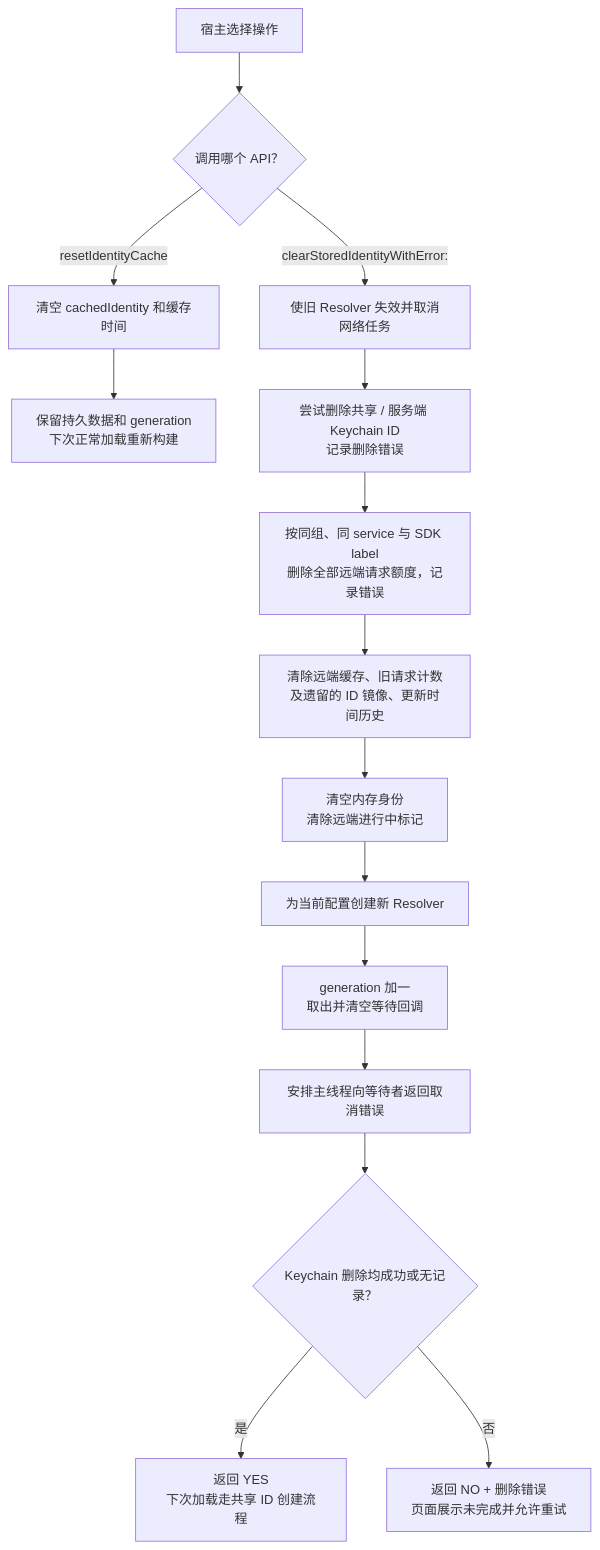
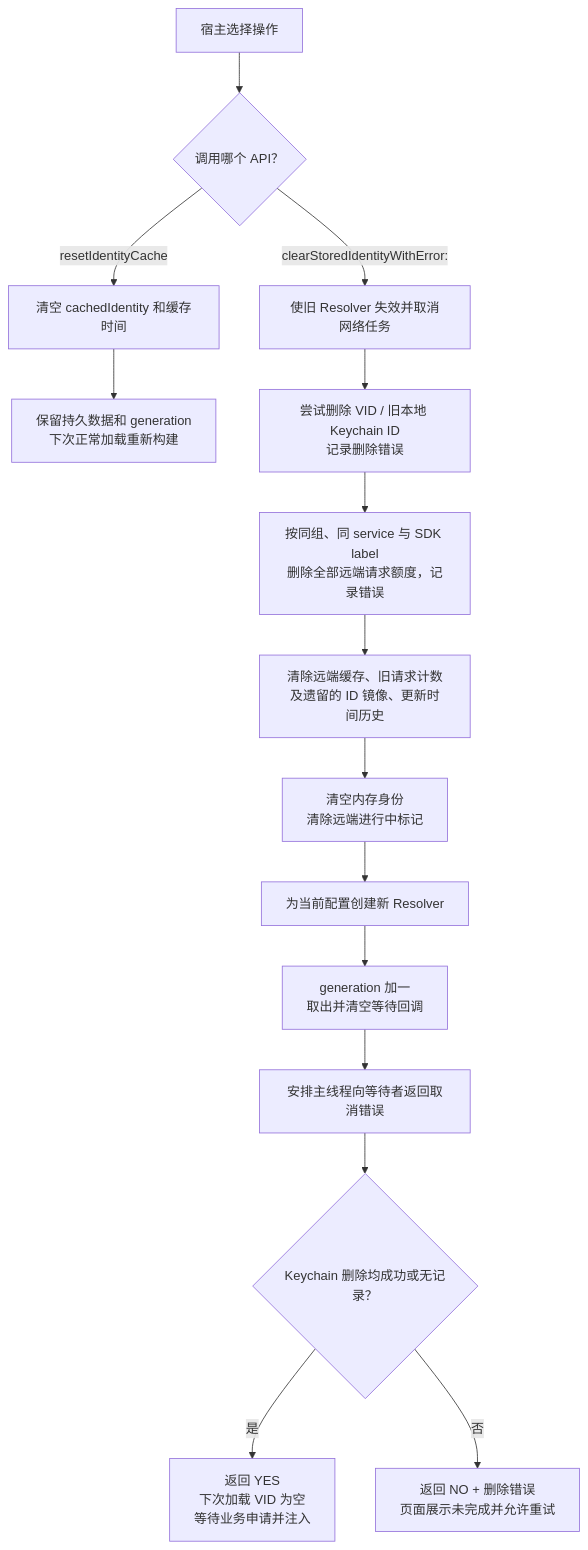
Diagram 12 of 13 in PBCrossAppUniqueDeviceIdentifier/Docs/FeatureFlows.md (shanbozhu/TestOC), drawn with Mermaid before and after one commit. The commit also changed other lines of this file and 20 other files, not shown here.

````diff
--- a/PBCrossAppUniqueDeviceIdentifier/Docs/FeatureFlows.md
+++ b/PBCrossAppUniqueDeviceIdentifier/Docs/FeatureFlows.md
@@ -381,17 +359,17 @@
 ```mermaid
 flowchart TD
     Start["宿主选择操作"] --> Kind{"调用哪个 API？"}
     Kind -->|resetIdentityCache| Reset["清空 cachedIdentity 和缓存时间"]
     Reset --> ResetDone["保留持久数据和 generation<br/>下次正常加载重新构建"]
     Kind -->|clearStoredIdentityWithError:| Invalidate["使旧 Resolver 失效并取消网络任务"]
-    Invalidate --> Delete["尝试删除共享 / 服务端 Keychain ID<br/>记录删除错误"]
+    Invalidate --> Delete["尝试删除 VID / 旧本地 Keychain ID<br/>记录删除错误"]
     Delete --> Quota["按同组、同 service 与 SDK label<br/>删除全部远端请求额度，记录错误"]
     Quota --> Persistent["清除远端缓存、旧请求计数<br/>及遗留的 ID 镜像、更新时间历史"]
     Persistent --> Memory["清空内存身份<br/>清除远端进行中标记"]
     Memory --> Resolver["为当前配置创建新 Resolver"]
     Resolver --> Generation["generation 加一<br/>取出并清空等待回调"]
     Generation --> Cancel["安排主线程向等待者返回取消错误"]
     Cancel --> Result{"Keychain 删除均成功或无记录？"}
-    Result -->|是| Done["返回 YES<br/>下次加载走共享 ID 创建流程"]
+    Result -->|是| Done["返回 YES<br/>下次加载 VID 为空<br/>等待业务申请并注入"]
     Result -->|否| Failed["返回 NO + 删除错误<br/>页面展示未完成并允许重试"]
 ```
````
